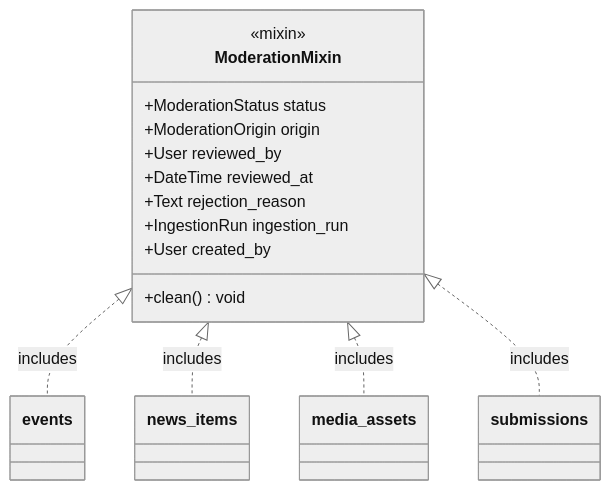
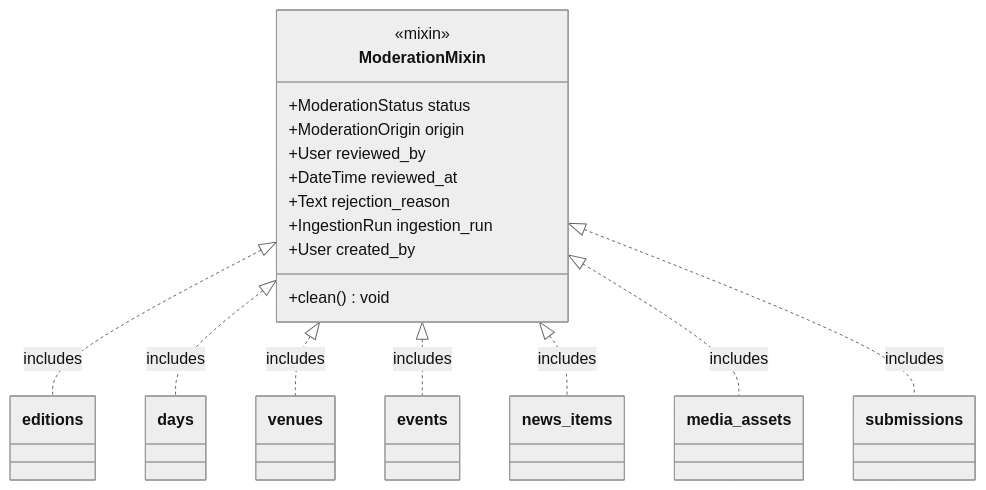
One commit to victorloal/Carnaval changed the first of 5 diagrams in docs/02-diseno/modelo-datos.md. Above: the diagram before and after it, drawn with Mermaid (neutral theme). The commit also changed other lines of this file and 22 other files, not shown here.

````diff
--- a/docs/02-diseno/modelo-datos.md
+++ b/docs/02-diseno/modelo-datos.md
@@ -56,24 +57,30 @@
 ```mermaid
 classDiagram
     class ModerationMixin {
         <<mixin>>
         +ModerationStatus status
         +ModerationOrigin origin
         +User reviewed_by
         +DateTime reviewed_at
         +Text rejection_reason
         +IngestionRun ingestion_run
         +User created_by
         +clean() void
     }
 
+    class editions
+    class days
+    class venues
     class events
     class news_items
     class media_assets
     class submissions
 
+    ModerationMixin <|.. editions : includes
+    ModerationMixin <|.. days : includes
+    ModerationMixin <|.. venues : includes
     ModerationMixin <|.. events : includes
     ModerationMixin <|.. news_items : includes
     ModerationMixin <|.. media_assets : includes
     ModerationMixin <|.. submissions : includes
 ```
````
